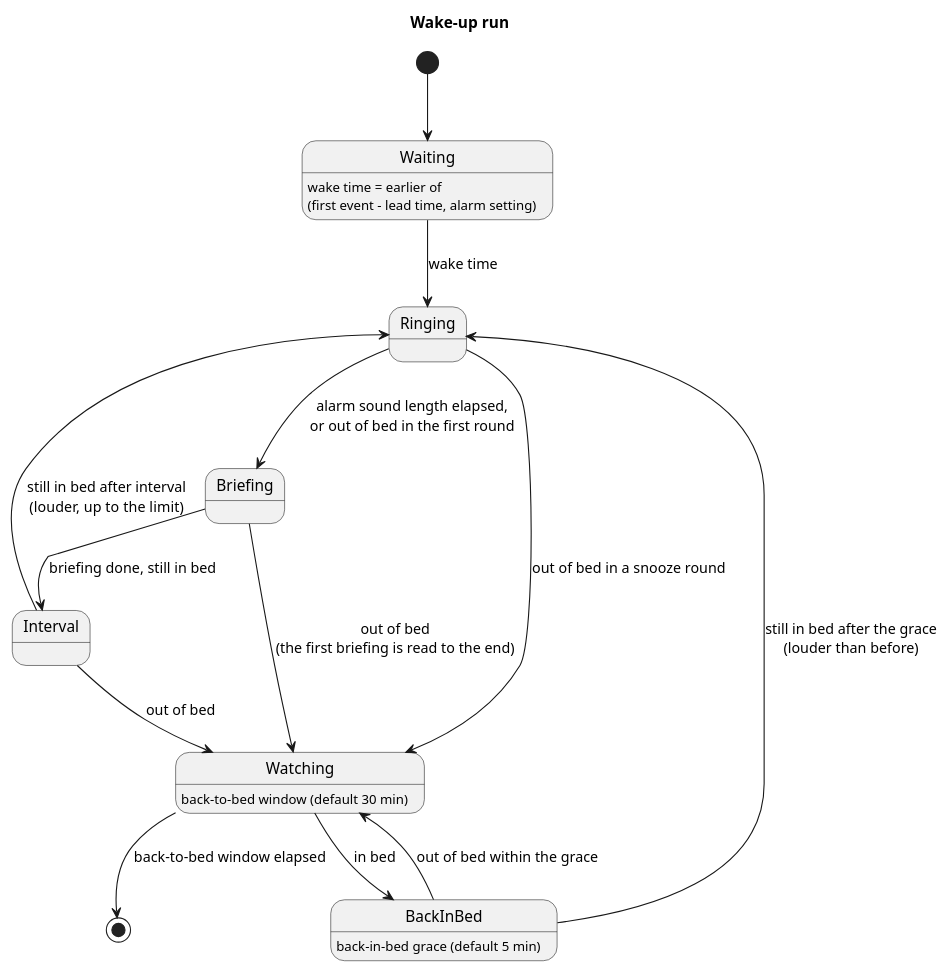
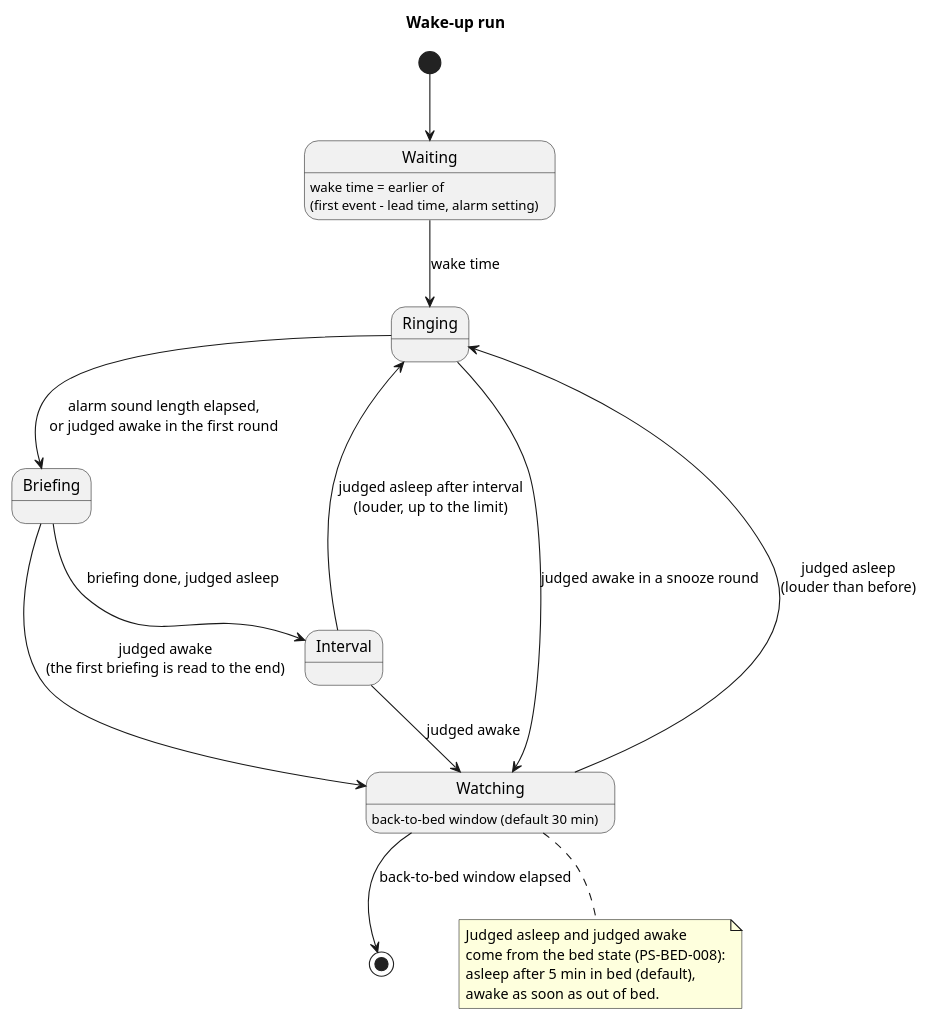
One commit to cloveclovedev/press-start changed the diagram in docs/ja/requirements/alarm/overview.puml. Above: the diagram before and after it, drawn with PlantUML. The commit also changed 9 other files, not shown here.

First line of the commit message:
docs(requirements): judge asleep and awake in the bed area and drive the snooze by them

```diff
--- a/docs/ja/requirements/alarm/overview.puml
+++ b/docs/ja/requirements/alarm/overview.puml
@@ -1,20 +1,24 @@
 @startuml overview
 title Wake-up run
 skinparam shadowing false
 
 [*] --> Waiting
 Waiting : wake time = earlier of\n(first event - lead time, alarm setting)
 Waiting --> Ringing : wake time
-Ringing --> Briefing : alarm sound length elapsed,\nor out of bed in the first round
-Briefing --> Interval : briefing done, still in bed
-Interval --> Ringing : still in bed after interval\n(louder, up to the limit)
-Briefing --> Watching : out of bed\n(the first briefing is read to the end)
-Ringing --> Watching : out of bed in a snooze round
-Interval --> Watching : out of bed
+Ringing --> Briefing : alarm sound length elapsed,\nor judged awake in the first round
+Briefing --> Interval : briefing done, judged asleep
+Interval --> Ringing : judged asleep after interval\n(louder, up to the limit)
+Briefing --> Watching : judged awake\n(the first briefing is read to the end)
+Ringing --> Watching : judged awake in a snooze round
+Interval --> Watching : judged awake
 Watching : back-to-bed window (default 30 min)
-Watching --> BackInBed : in bed
-BackInBed : back-in-bed grace (default 5 min)
-BackInBed --> Watching : out of bed within the grace
-BackInBed --> Ringing : still in bed after the grace\n(louder than before)
+Watching --> Ringing : judged asleep\n(louder than before)
 Watching --> [*] : back-to-bed window elapsed
+
+note bottom of Watching
+  Judged asleep and judged awake
+  come from the bed state (PS-BED-008):
+  asleep after 5 min in bed (default),
+  awake as soon as out of bed.
+end note
 @enduml
```
